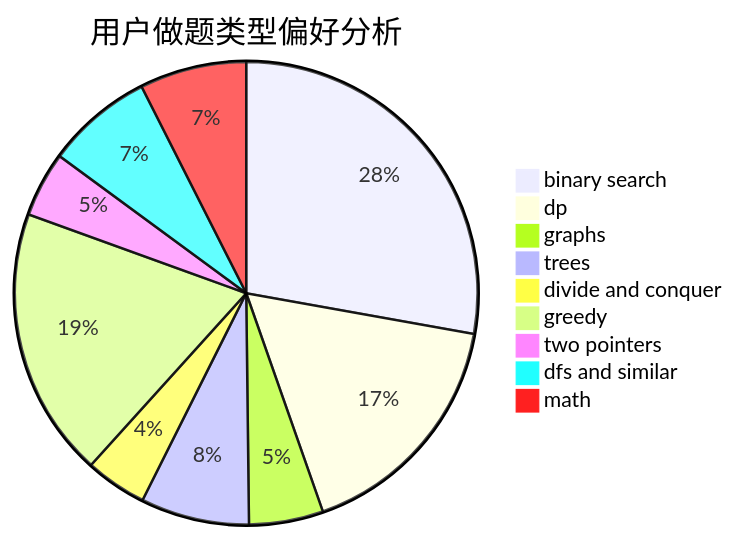
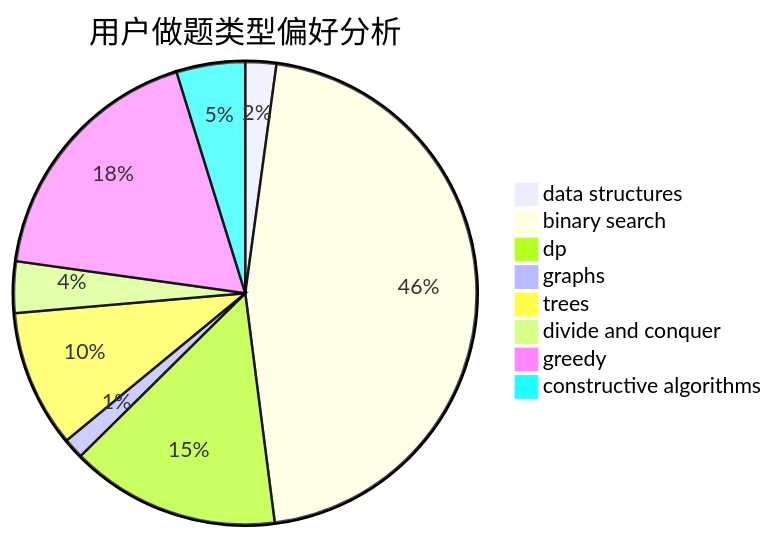
The second of 3 diagrams in docs/user/u515.md (sherpahu/cfrs.github.io), drawn with Mermaid before and after one commit. The commit also changed other lines of this file and 2775 other files, not shown here.

````diff
--- a/docs/user/u515.md
+++ b/docs/user/u515.md
@@ -23,12 +23,11 @@
 ```mermaid
 pie title 用户做题类型偏好分析
-    "binary search" :  220
-    "dp" :  133
-    "graphs" :  41
-    "trees" :  60
-    "divide and conquer" :  34
-    "greedy" :  149
-    "two pointers" :  36
-    "dfs and similar" :  59
-    "math" :  59
+    "data structures" :  9
+    "binary search" :  191
+    "dp" :  61
+    "graphs" :  6
+    "trees" :  40
+    "divide and conquer" :  15
+    "greedy" :  75
+    "constructive algorithms" :  20
 ```
````
